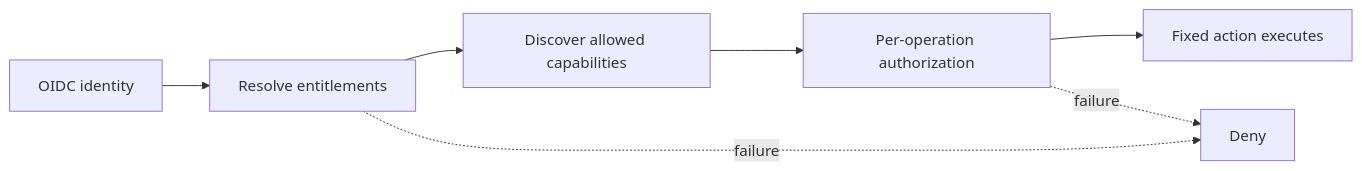
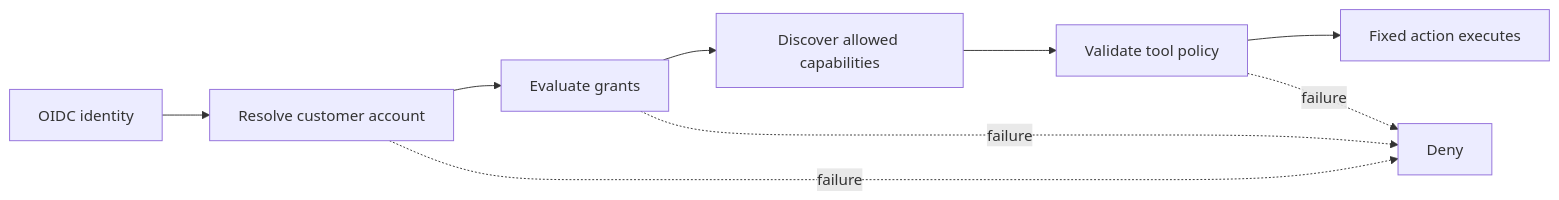
One commit to Dokosoko-AI/dokosoko-docs changed the first of 2 diagrams in src/content/docs/concepts/security.md. Above: the diagram before and after it, drawn with Mermaid. The commit also changed other lines of this file and 39 other files, not shown here.

````diff
--- a/src/content/docs/concepts/security.md
+++ b/src/content/docs/concepts/security.md
@@ -24,9 +25,11 @@
 ```mermaid
 flowchart LR
-    Identity[OIDC identity] --> Entitlements[Resolve entitlements]
-    Entitlements --> Discovery[Discover allowed capabilities]
-    Discovery --> Operation[Per-operation authorization]
+    Identity[OIDC identity] --> Account[Resolve customer account]
+    Account --> Grants[Evaluate grants]
+    Grants --> Discovery[Discover allowed capabilities]
+    Discovery --> Operation[Validate tool policy]
     Operation --> Execution[Fixed action executes]
-    Entitlements -. failure .-> Deny[Deny]
+	Account -. failure .-> Deny[Deny]
+	Grants -. failure .-> Deny
     Operation -. failure .-> Deny
 ```
````
